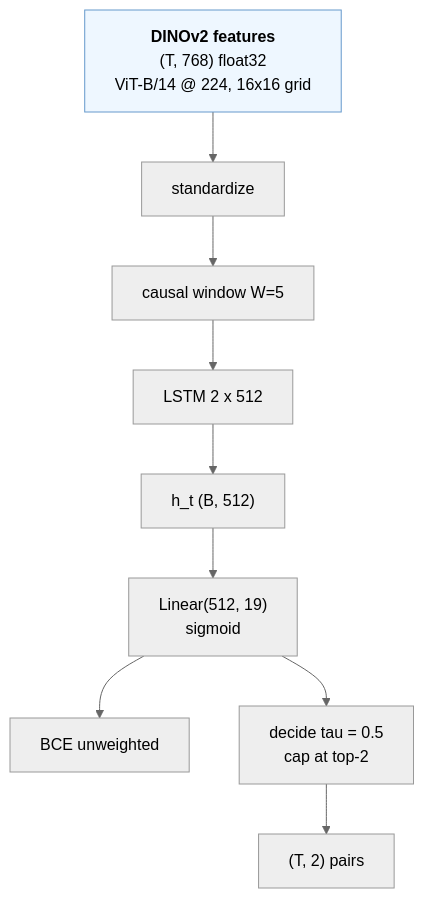
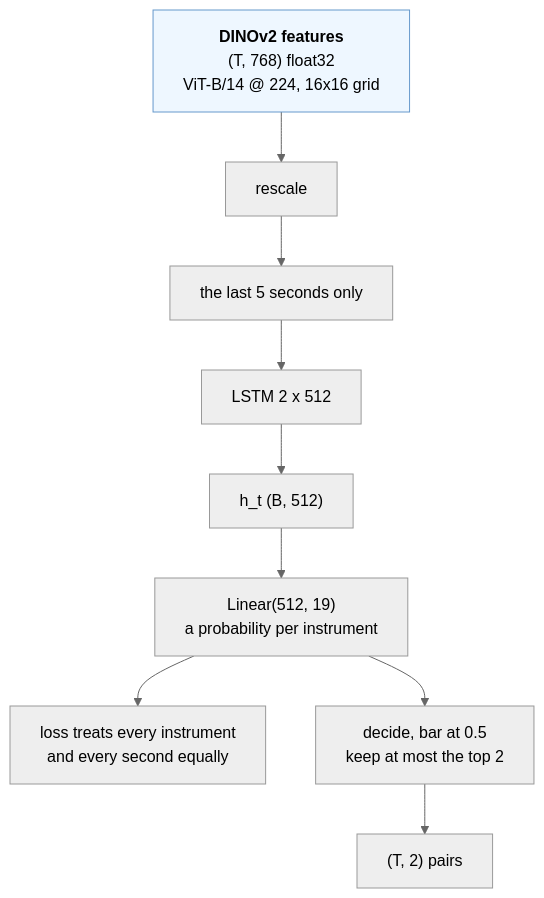
One commit to wylliamunlimited/pitvis-phase-recognition changed the fourth of 4 diagrams in notes/models/instrument-variants.md. Above: the diagram before and after it, drawn with Mermaid (neutral theme). The commit also changed other lines of this file, not shown here.

First line of the commit message:
docs(instrument-variants): plain language, same numbers

````diff
--- a/notes/models/instrument-variants.md
+++ b/notes/models/instrument-variants.md
@@ -188,15 +212,15 @@
 ```mermaid
 flowchart TD
     F["<b>DINOv2 features</b><br/>(T, 768) float32<br/>ViT-B/14 @ 224, 16x16 grid"]
-    STD["standardize"]
-    W["causal window W=5"]
+    STD["rescale"]
+    W["the last 5 seconds only"]
     L["LSTM 2 x 512"]
     H["h_t (B, 512)"]
-    I["Linear(512, 19)<br/>sigmoid"]
-    LOSS["BCE unweighted"]
-    D["decide tau = 0.5<br/>cap at top-2"]
+    I["Linear(512, 19)<br/>a probability per instrument"]
+    LOSS["loss treats every instrument<br/>and every second equally"]
+    D["decide, bar at 0.5<br/>keep at most the top 2"]
     P["(T, 2) pairs"]
     F --> STD --> W --> L --> H --> I --> LOSS
     I --> D --> P
     style F fill:#eef7ff,stroke:#69c
 ```
````
